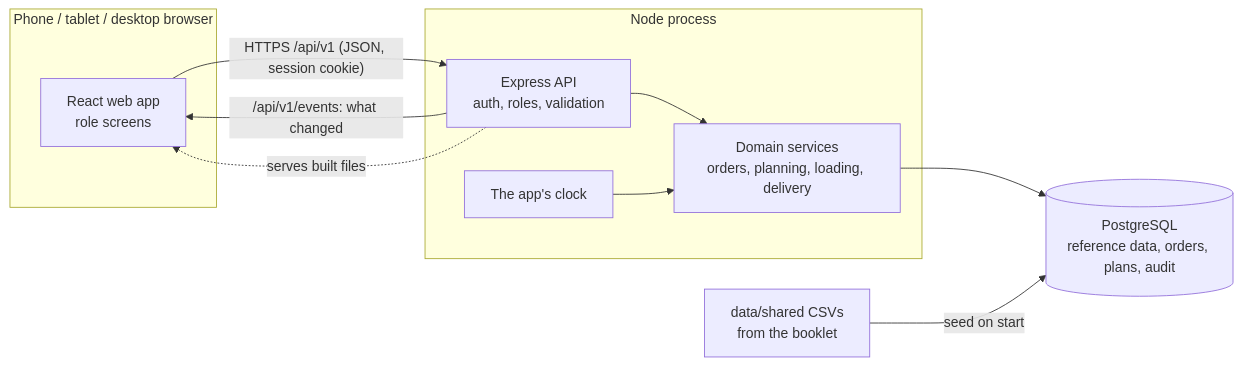
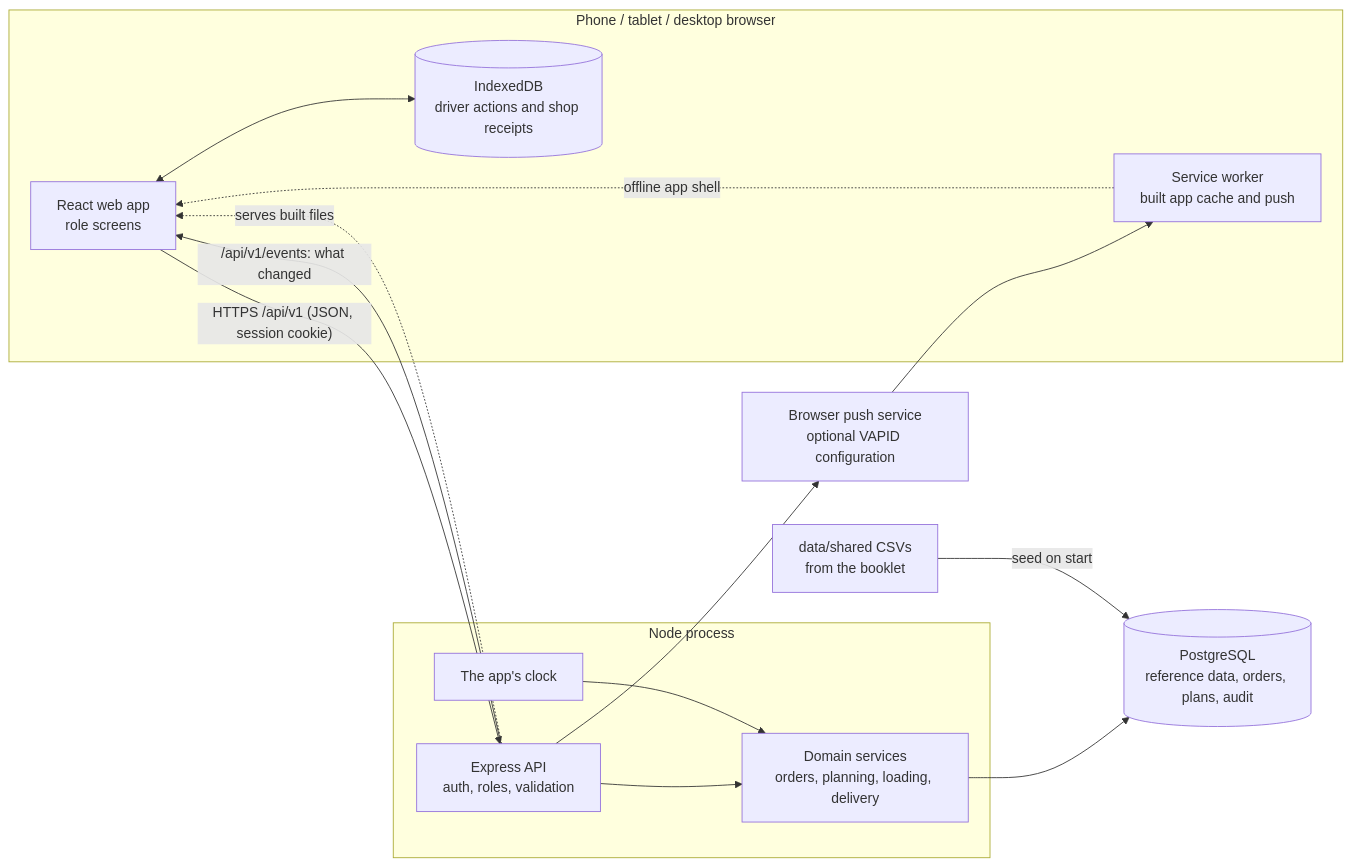
One commit to nabil11111/Vectorious_Wayfinder changed the diagram in docs/architecture.md. Above: the diagram before and after it, drawn with Mermaid. The commit also changed other lines of this file and 70 other files, not shown here.

````diff
--- a/docs/architecture.md
+++ b/docs/architecture.md
@@ -6,15 +6,21 @@
 ```mermaid
 flowchart LR
-    subgraph Phone / tablet / desktop browser
+    subgraph browser["Phone / tablet / desktop browser"]
       W[React web app<br/>role screens]
+      Q[(IndexedDB<br/>driver actions and shop receipts)]
+      SW[Service worker<br/>built app cache and push]
+      W <--> Q
+      SW -. offline app shell .-> W
     end
     W -- "HTTPS /api/v1 (JSON, session cookie)" --> A
     A -- "/api/v1/events: what changed" --> W
-    subgraph Node process
+    subgraph server["Node process"]
       A[Express API<br/>auth, roles, validation] --> S[Domain services<br/>orders, planning, loading, delivery]
       A -. serves built files .-> W
       K[The app's clock] --> S
     end
     S --> D[(PostgreSQL<br/>reference data, orders, plans, audit)]
+    A --> P[Browser push service<br/>optional VAPID configuration]
+    P --> SW
     C[data/shared CSVs<br/>from the booklet] -- seed on start --> D
 ```
````
